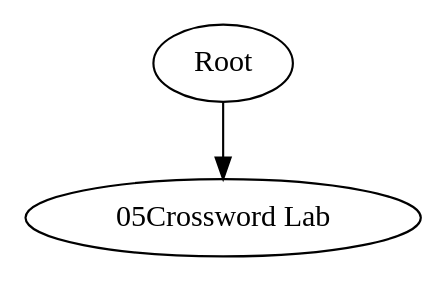
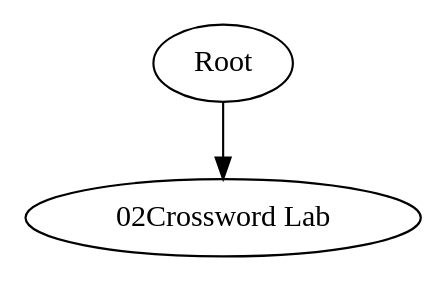
The diagram in testSuiteLevel.gv (mypstom/robotide), drawn with Graphviz before and after one commit. The commit also changed 17 other files, not shown here.

Commit message:
TC2LK  表示圖更新

```diff
--- a/testSuiteLevel.gv
+++ b/testSuiteLevel.gv
@@ -1,6 +1,6 @@
 // TestSuiteLevel
 digraph {
 	Root
-	"05Crossword Lab"
-		Root -> "05Crossword Lab"
+	"02Crossword Lab"
+		Root -> "02Crossword Lab"
 }
```
